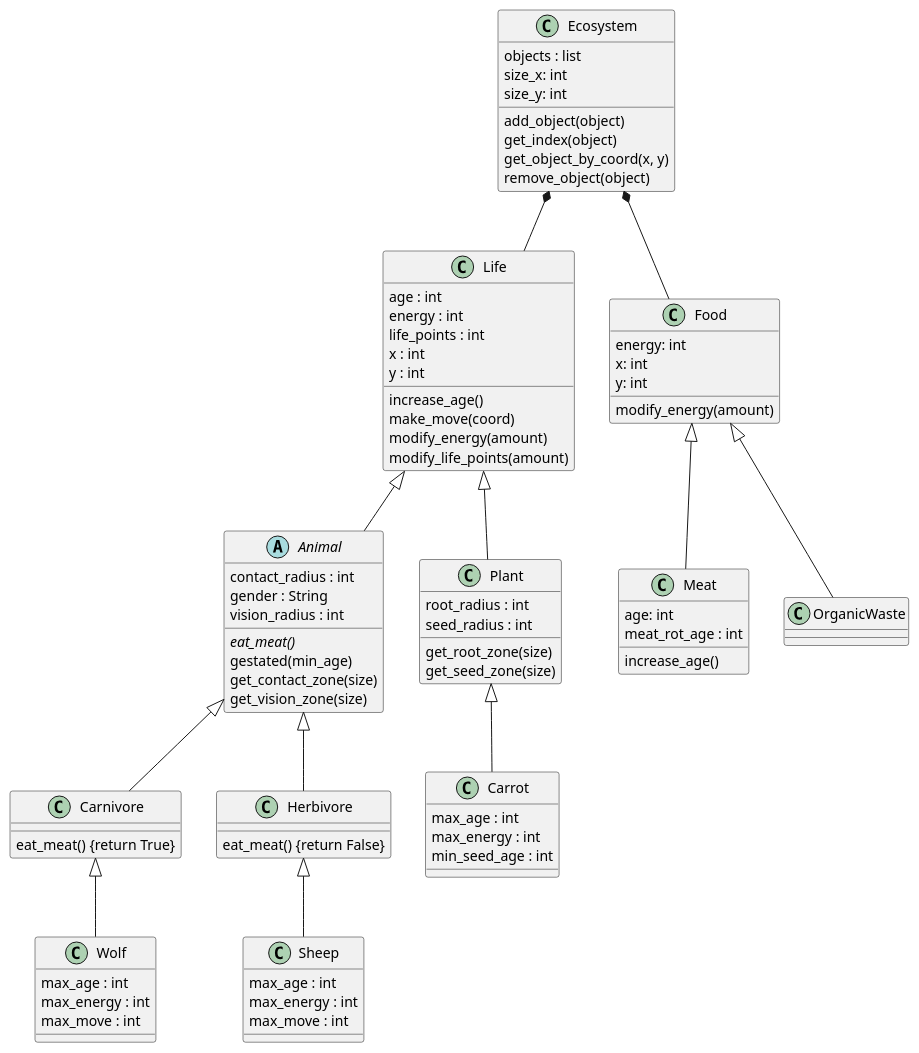
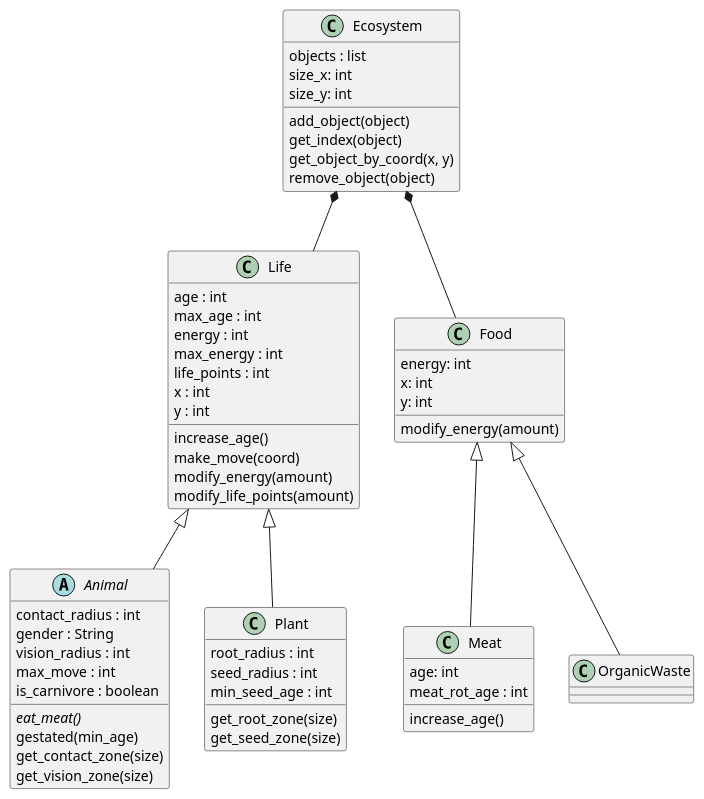
Before and after one commit to fred-corp/Ecosystem_PO3L_ECAM: the diagram in development/class_diagram.plantuml, drawn with PlantUML. The commit also changed 5 other files, not shown here.

Commit message:
updated class diagram & removed unused classes

```diff
--- a/development/class_diagram.plantuml
+++ b/development/class_diagram.plantuml
@@ -1,91 +1,68 @@
 @startuml classes_classes
 set namespaceSeparator none
 
 class "Ecosystem" as classes.ecosystem.Ecosystem {
   objects : list
   size_x: int
   size_y: int
   add_object(object)
   get_index(object)
   get_object_by_coord(x, y)
   remove_object(object)
 }
 
 class "Life" as classes.life.Life {
   age : int
+  max_age : int
   energy : int
+  max_energy : int
   life_points : int
   x : int
   y : int
   increase_age()
   make_move(coord)
   modify_energy(amount)
   modify_life_points(amount)
 }
 
 class "Food" as classes.food.Food {
   energy: int
   x: int
   y: int
   modify_energy(amount)
 }
 
 abstract class "Animal" as classes.animal.Animal {
   contact_radius : int
   gender : String
   vision_radius : int
+  max_move : int
+  is_carnivore : boolean
   {abstract} eat_meat()
   gestated(min_age)
   get_contact_zone(size)
   get_vision_zone(size)
-}
-class "Carnivore" as classes.carnivore.Carnivore {
-  eat_meat() {return True}
-}
-
-class "Herbivore" as classes.herbivore.Herbivore {
-  eat_meat() {return False}
 }
 
 class "Meat" as classes.meat.Meat {
   age: int
   meat_rot_age : int
   increase_age()
 }
 class "OrganicWaste" as classes.organic_waste.OrganicWaste {
 }
 class "Plant" as classes.plant.Plant {
   root_radius : int
   seed_radius : int
+  min_seed_age : int
   get_root_zone(size)
   get_seed_zone(size)
-}
-class "Sheep" as classes.sheep.Sheep {
-  max_age : int
-  max_energy : int
-  max_move : int
-}
-class "Wolf" as classes.wolf.Wolf {
-  max_age : int
-  max_energy : int
-  max_move : int
-}
-
-class "Carrot" as classes.carrot.Carrot {
-  max_age : int
-  max_energy : int
-  min_seed_age : int
 }
 
 classes.ecosystem.Ecosystem *-- classes.life.Life
 classes.ecosystem.Ecosystem *-- classes.food.Food
 classes.life.Life <|-- classes.animal.Animal
 classes.life.Life <|-- classes.plant.Plant
 classes.food.Food <|-- classes.meat.Meat
 classes.food.Food <|-- classes.organic_waste.OrganicWaste
-classes.animal.Animal <|-- classes.herbivore.Herbivore
-classes.plant.Plant <|-- classes.carrot.Carrot
-classes.animal.Animal <|-- classes.carnivore.Carnivore
-classes.herbivore.Herbivore <|-- classes.sheep.Sheep
-classes.carnivore.Carnivore <|-- classes.wolf.Wolf
 @enduml
```
